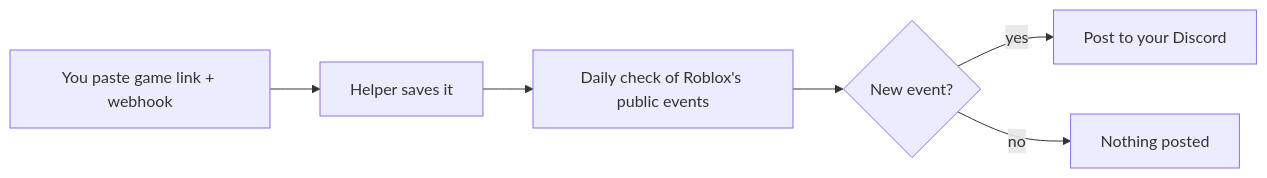
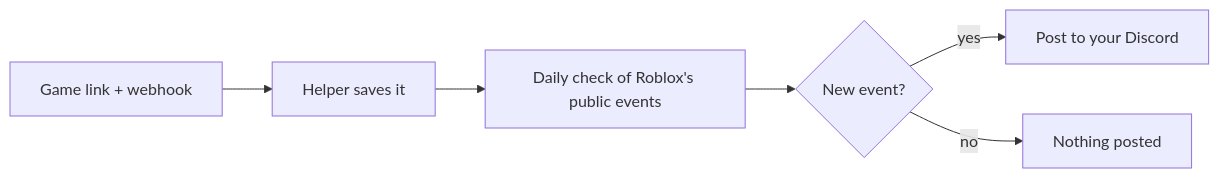
The diagram in README.md (Ginger-Hermit/Roblox-Game-Events-), drawn with Mermaid before and after one commit. The commit also changed other lines of this file, not shown here.

````diff
--- a/README.md
+++ b/README.md
@@ -13,8 +34,8 @@
 ```mermaid
 flowchart LR
-  A[You paste game link + webhook] --> B[Helper saves it]
+  A[Game link + webhook] --> B[Helper saves it]
   B --> C[Daily check of Roblox's public events]
   C --> D{New event?}
   D -- yes --> E[Post to your Discord]
   D -- no --> F[Nothing posted]
 ```
````
